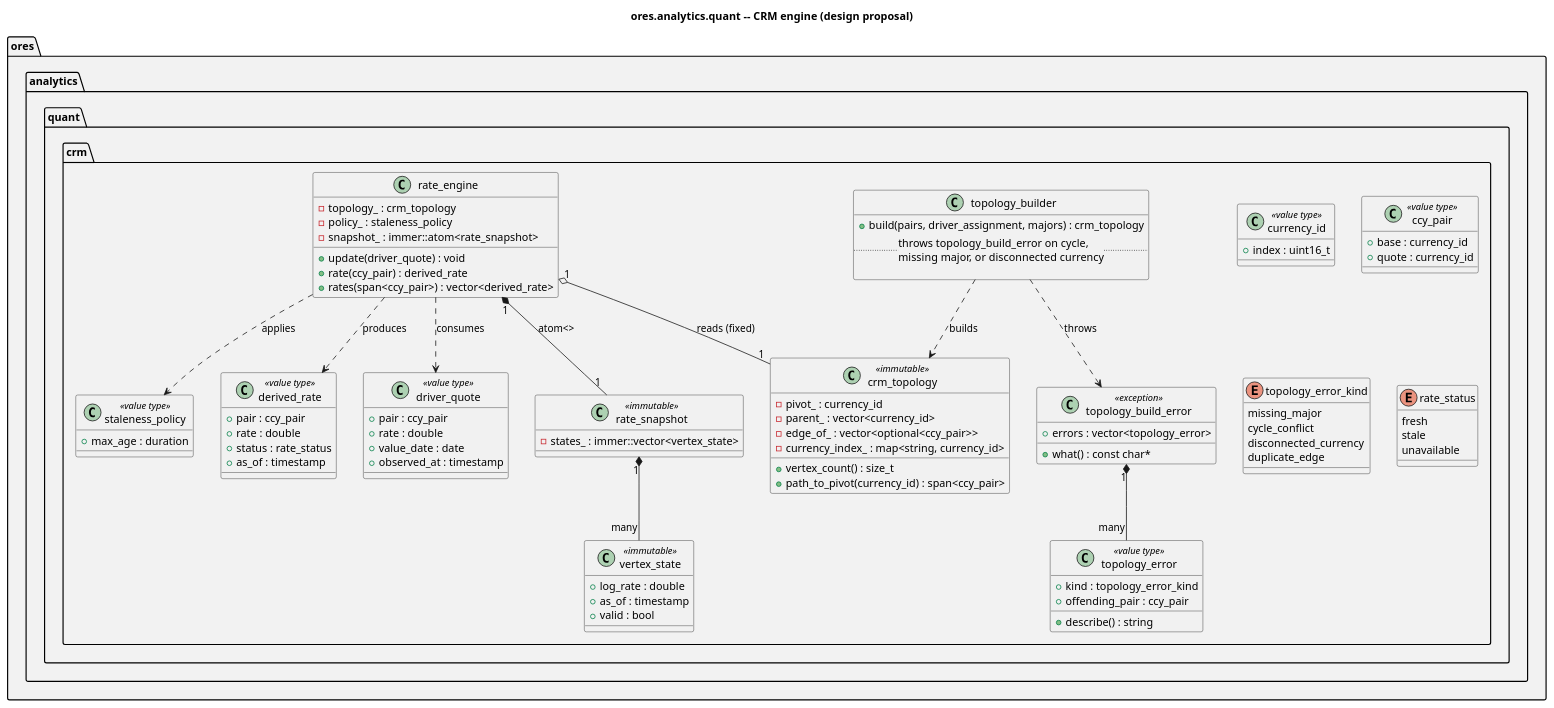
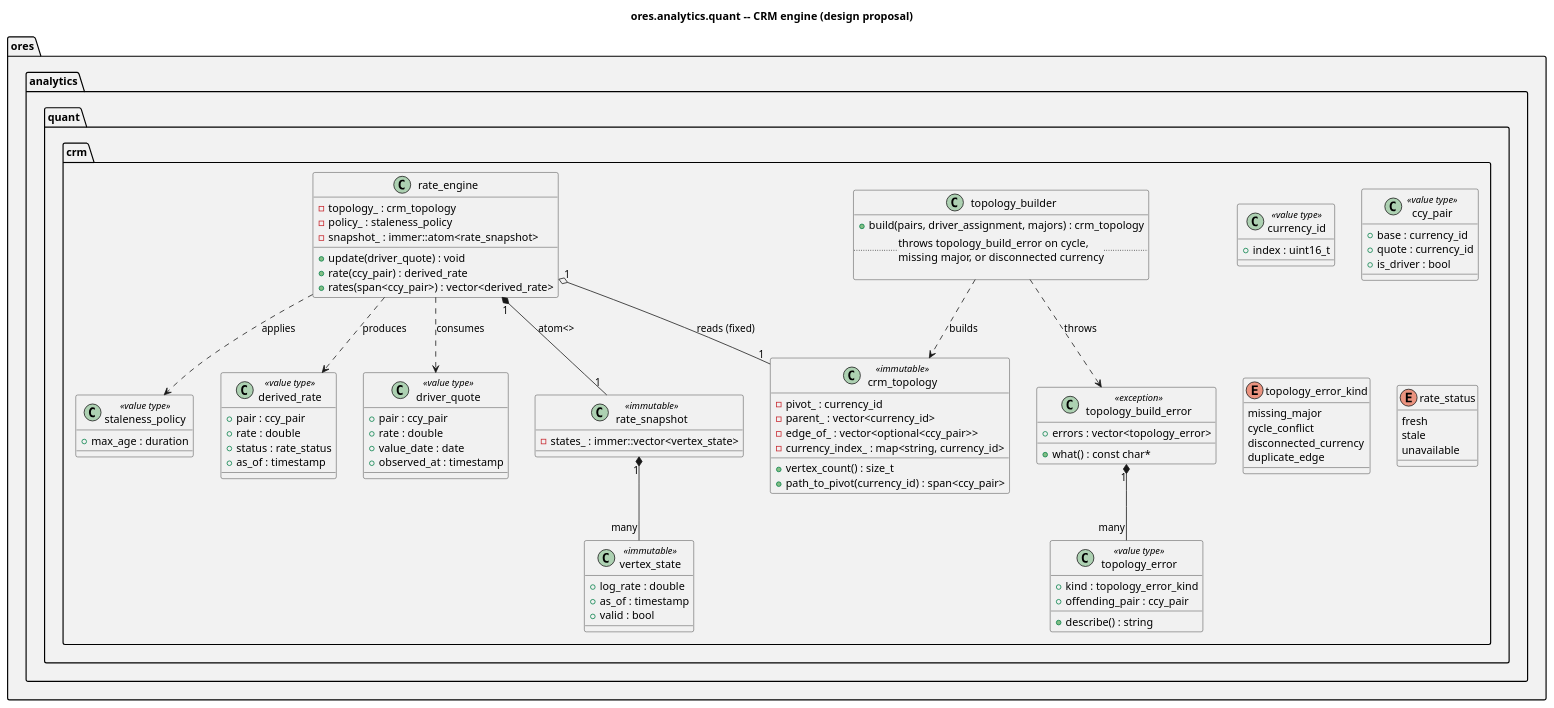
The diagram in projects/ores.analytics.quant/modeling/ores.analytics.quant.puml (OreStudio/OreStudio), drawn with PlantUML before and after one commit. The commit also changed 5 other files, not shown here.

```diff
--- a/projects/ores.analytics.quant/modeling/ores.analytics.quant.puml
+++ b/projects/ores.analytics.quant/modeling/ores.analytics.quant.puml
@@ -18,110 +18,111 @@
 @startuml
 
 title ores.analytics.quant -- CRM engine (design proposal)
 
 set namespaceSeparator ::
 
 namespace ores #F2F2F2 {
     namespace analytics #F2F2F2 {
         namespace quant #F2F2F2 {
             namespace crm #F2F2F2 {
 
                 class currency_id <<value type>> {
                     +index : uint16_t
                 }
 
                 class ccy_pair <<value type>> {
                     +base : currency_id
                     +quote : currency_id
+                    +is_driver : bool
                 }
 
                 class driver_quote <<value type>> {
                     +pair : ccy_pair
                     +rate : double
                     +value_date : date
                     +observed_at : timestamp
                 }
 
                 enum topology_error_kind {
                     missing_major
                     cycle_conflict
                     disconnected_currency
                     duplicate_edge
                 }
 
                 class topology_error <<value type>> {
                     +kind : topology_error_kind
                     +offending_pair : ccy_pair
                     +describe() : string
                 }
 
                 class topology_build_error <<exception>> {
                     +errors : vector<topology_error>
                     +what() : const char*
                 }
 
                 class crm_topology <<immutable>> {
                     -pivot_ : currency_id
                     -parent_ : vector<currency_id>
                     -edge_of_ : vector<optional<ccy_pair>>
                     -currency_index_ : map<string, currency_id>
                     +vertex_count() : size_t
                     +path_to_pivot(currency_id) : span<ccy_pair>
                 }
 
                 class topology_builder {
                     +build(pairs, driver_assignment, majors) : crm_topology
                     .. throws topology_build_error on cycle,\nmissing major, or disconnected currency ..
                 }
 
                 enum rate_status {
                     fresh
                     stale
                     unavailable
                 }
 
                 class vertex_state <<immutable>> {
                     +log_rate : double
                     +as_of : timestamp
                     +valid : bool
                 }
 
                 class rate_snapshot <<immutable>> {
                     -states_ : immer::vector<vertex_state>
                 }
 
                 class staleness_policy <<value type>> {
                     +max_age : duration
                 }
 
                 class derived_rate <<value type>> {
                     +pair : ccy_pair
                     +rate : double
                     +status : rate_status
                     +as_of : timestamp
                 }
 
                 class rate_engine {
                     -topology_ : crm_topology
                     -policy_ : staleness_policy
                     -snapshot_ : immer::atom<rate_snapshot>
                     +update(driver_quote) : void
                     +rate(ccy_pair) : derived_rate
                     +rates(span<ccy_pair>) : vector<derived_rate>
                 }
 
                 topology_builder ..> crm_topology : builds
                 topology_builder ..> topology_build_error : throws
                 topology_build_error "1" *-- "many" topology_error
                 rate_engine "1" o-- "1" crm_topology : reads (fixed)
                 rate_engine "1" *-- "1" rate_snapshot : atom<>
                 rate_snapshot "1" *-- "many" vertex_state
                 rate_engine ..> driver_quote : consumes
                 rate_engine ..> derived_rate : produces
                 rate_engine ..> staleness_policy : applies
             }
         }
     }
 }
 
 @enduml
```
